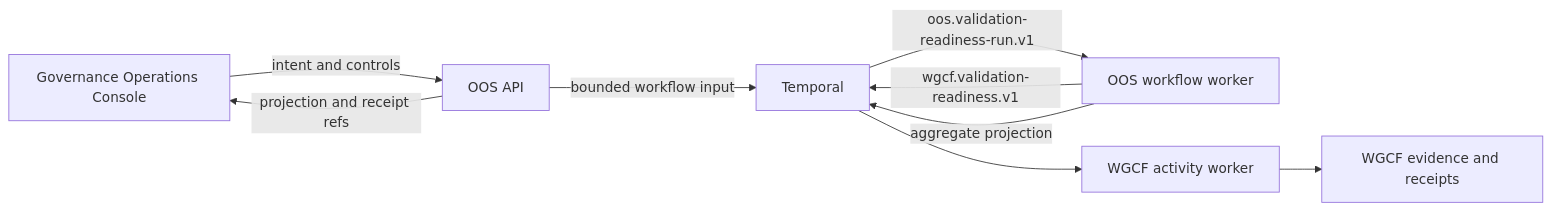
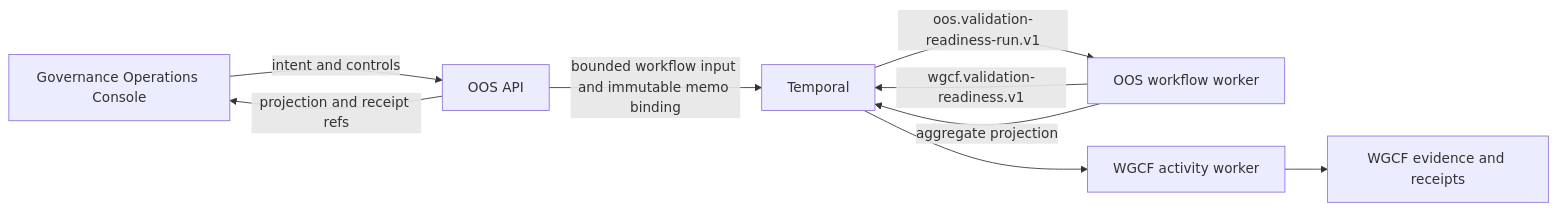
Before and after one commit to mfshaf7/operator-orchestration-service: the diagram in docs/architecture/durable-orchestration-runtime.md, drawn with Mermaid. The commit also changed other lines of this file and 17 other files, not shown here.

````diff
--- a/docs/architecture/durable-orchestration-runtime.md
+++ b/docs/architecture/durable-orchestration-runtime.md
@@ -5,18 +5,18 @@
 ```mermaid
 flowchart LR
     Console[Governance Operations Console]
     API[OOS API]
     Worker[OOS workflow worker]
     Temporal[Temporal]
     WGCF[WGCF activity worker]
     Ledger[WGCF evidence and receipts]
 
     Console -->|intent and controls| API
-    API -->|bounded workflow input| Temporal
+    API -->|bounded workflow input and immutable memo binding| Temporal
     Temporal -->|oos.validation-readiness-run.v1| Worker
     Worker -->|wgcf.validation-readiness.v1| Temporal
     Temporal --> WGCF
     WGCF --> Ledger
     Worker -->|aggregate projection| Temporal
     API -->|projection and receipt refs| Console
 ```
````
